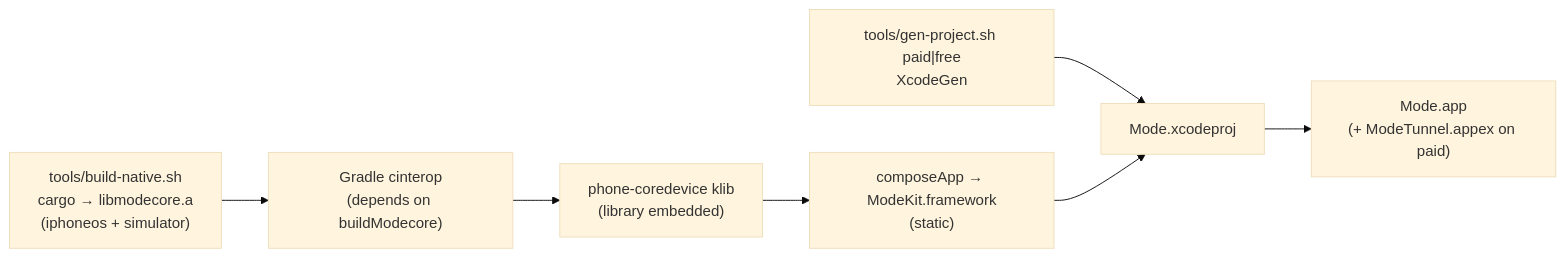
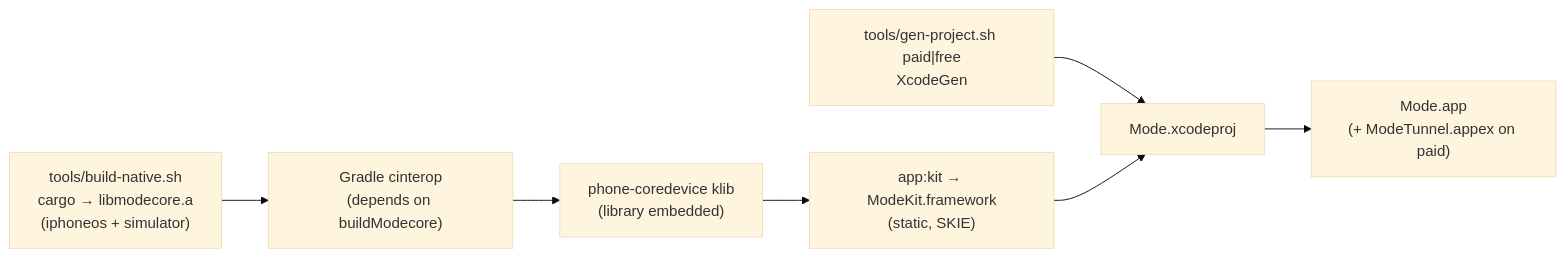
One commit to Piyusinha/mode changed the fifth of 5 diagrams in docs/architecture.md. Above: the diagram before and after it, drawn with Mermaid (base theme). The commit also changed other lines of this file and 2 other files, not shown here.

````diff
--- a/docs/architecture.md
+++ b/docs/architecture.md
@@ -208,9 +292,9 @@
 ```mermaid
 flowchart LR
     cargo["tools/build-native.sh<br/>cargo → libmodecore.a<br/>(iphoneos + simulator)"] --> cinterop["Gradle cinterop<br/>(depends on buildModecore)"]
     cinterop --> klib["phone-coredevice klib<br/>(library embedded)"]
-    klib --> fw["composeApp → ModeKit.framework<br/>(static)"]
+    klib --> fw["app:kit → ModeKit.framework<br/>(static, SKIE)"]
     gen["tools/gen-project.sh paid|free<br/>XcodeGen"] --> xcode["Mode.xcodeproj"]
     fw --> xcode
     xcode --> ipa["Mode.app<br/>(+ ModeTunnel.appex on paid)"]
 ```
````
